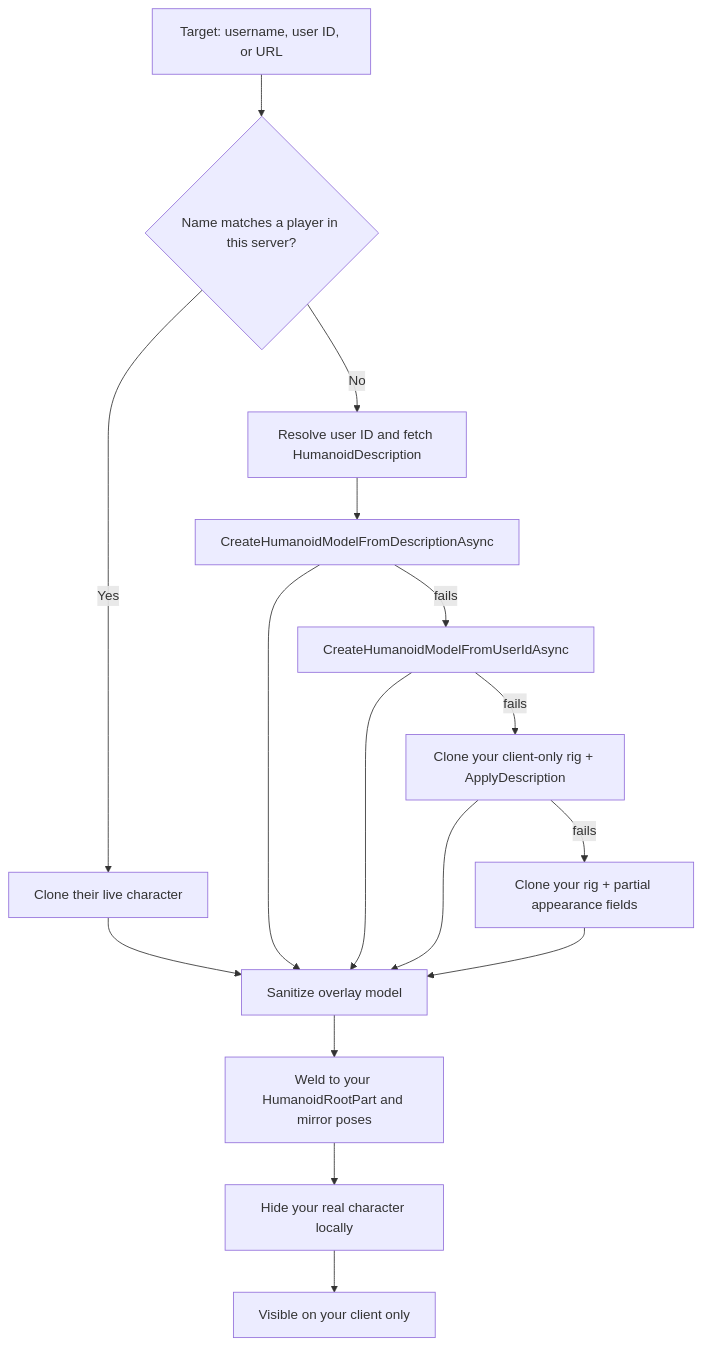
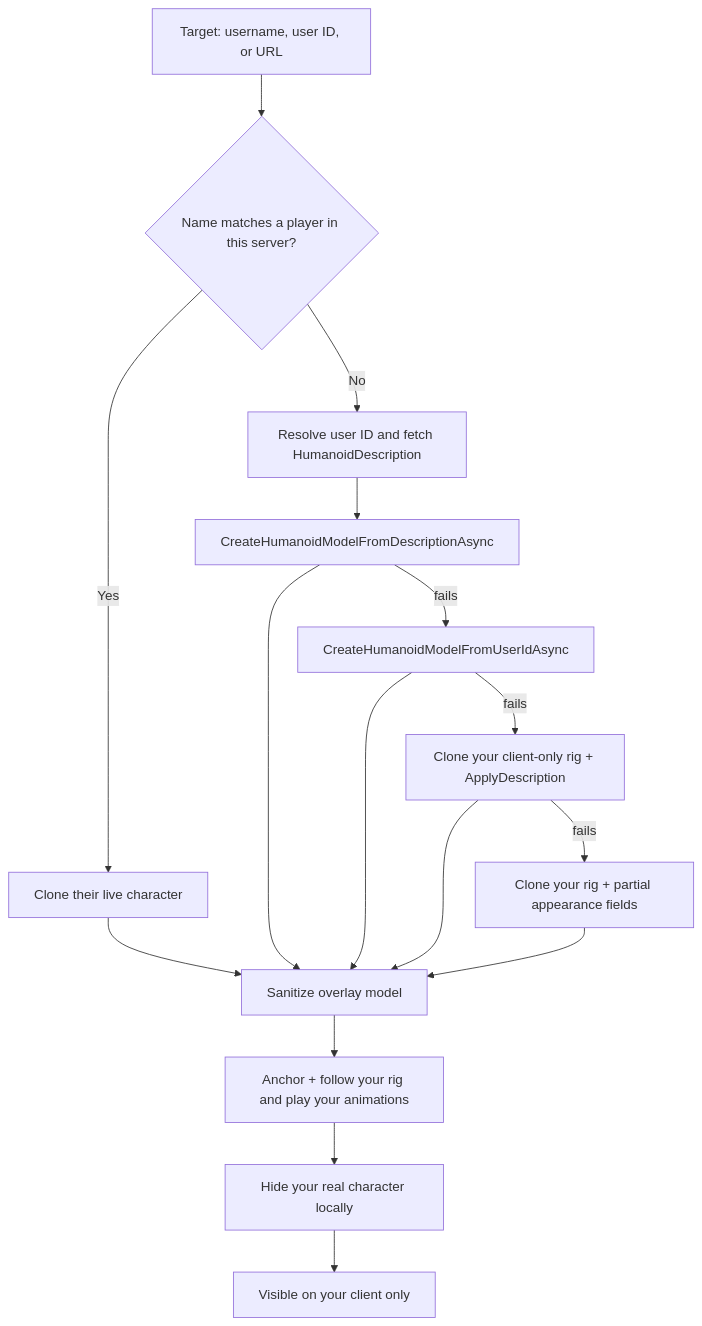
One commit to ArchDityaa/avatar-copier changed the diagram in README.md. Above: the diagram before and after it, drawn with Mermaid. The commit also changed other lines of this file and 6 other files, not shown here.

````diff
--- a/README.md
+++ b/README.md
@@ -164,18 +164,18 @@
 ```mermaid
 flowchart TD
     A[Target: username, user ID, or URL] --> B{Name matches a player in this server?}
     B -- Yes --> C[Clone their live character]
     B -- No --> D[Resolve user ID and fetch HumanoidDescription]
     D --> E[CreateHumanoidModelFromDescriptionAsync]
     E -- fails --> F[CreateHumanoidModelFromUserIdAsync]
     F -- fails --> G[Clone your client-only rig + ApplyDescription]
     G -- fails --> H[Clone your rig + partial appearance fields]
     C --> I[Sanitize overlay model]
     E --> I
     F --> I
     G --> I
     H --> I
-    I --> J[Weld to your HumanoidRootPart and mirror poses]
+    I --> J[Anchor + follow your rig and play your animations]
     J --> K[Hide your real character locally]
     K --> L[Visible on your client only]
 ```
````
